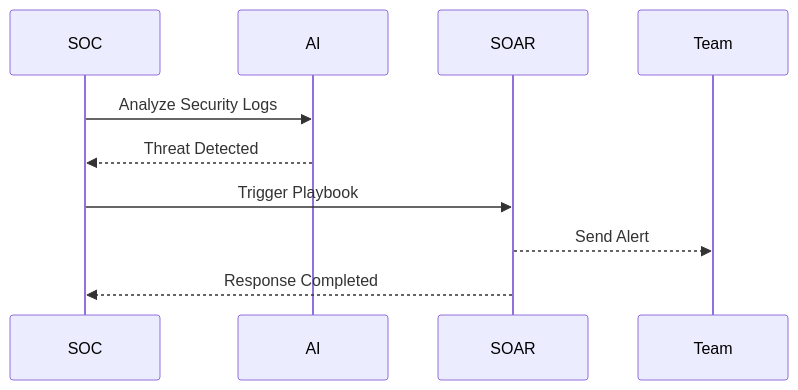
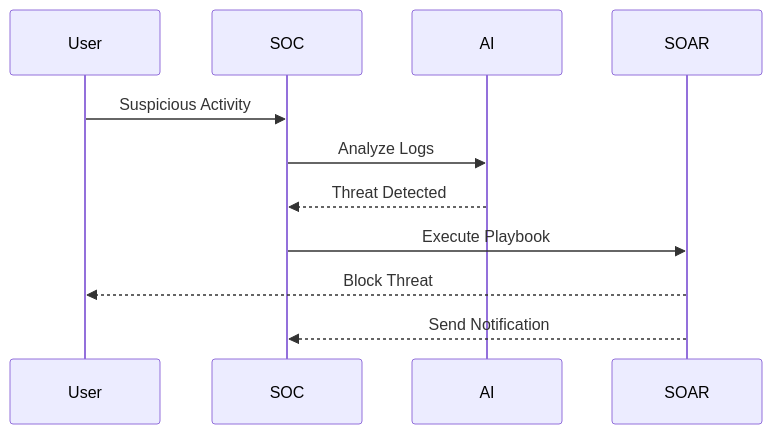
The third of 3 diagrams in README.md (devotedhruv/ai-cyber-intel), drawn with Mermaid before and after one commit. The commit also changed other lines of this file, not shown here.

````diff
--- a/README.md
+++ b/README.md
@@ -53,13 +60,14 @@
 ```mermaid
 sequenceDiagram
+    participant User
     participant SOC
     participant AI
     participant SOAR
-    participant Team
 
-    SOC->>AI: Analyze Security Logs
+    User->>SOC: Suspicious Activity
+    SOC->>AI: Analyze Logs
     AI-->>SOC: Threat Detected
-    SOC->>SOAR: Trigger Playbook
-    SOAR-->>Team: Send Alert
-    SOAR-->>SOC: Response Completed
+    SOC->>SOAR: Execute Playbook
+    SOAR-->>User: Block Threat
+    SOAR-->>SOC: Send Notification
 ```
````
